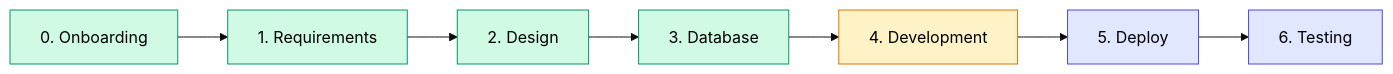
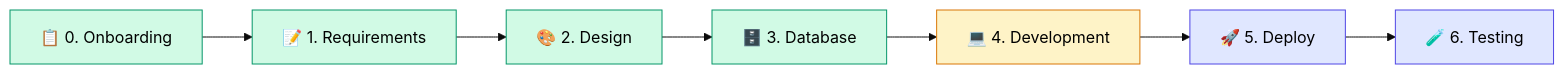
The diagram in README.md (Siam-GS-Battery/SOP-SDLC-PLAN), drawn with Mermaid (base theme) before and after one commit. The commit also changed other lines of this file, not shown here.

````diff
--- a/README.md
+++ b/README.md
@@ -37,17 +53,17 @@
 ```mermaid
 graph LR
-    A["0. Onboarding"] --> B["1. Requirements"]
-    B --> C["2. Design"]
-    C --> D["3. Database"]
-    D --> E["4. Development"]
-    E --> F["5. Deploy"]
-    F --> G["6. Testing"]
+    A["📋 0. Onboarding"] --> B["📝 1. Requirements"]
+    B --> C["🎨 2. Design"]
+    C --> D["🗄️ 3. Database"]
+    D --> E["💻 4. Development"]
+    E --> F["🚀 5. Deploy"]
+    F --> G["🧪 6. Testing"]
 
     style A fill:#d1fae5,stroke:#059669,color:#000
     style B fill:#d1fae5,stroke:#059669,color:#000
     style C fill:#d1fae5,stroke:#059669,color:#000
     style D fill:#d1fae5,stroke:#059669,color:#000
     style E fill:#fef3c7,stroke:#d97706,color:#000
     style F fill:#e0e7ff,stroke:#4f46e5,color:#000
     style G fill:#e0e7ff,stroke:#4f46e5,color:#000
 ```
````
